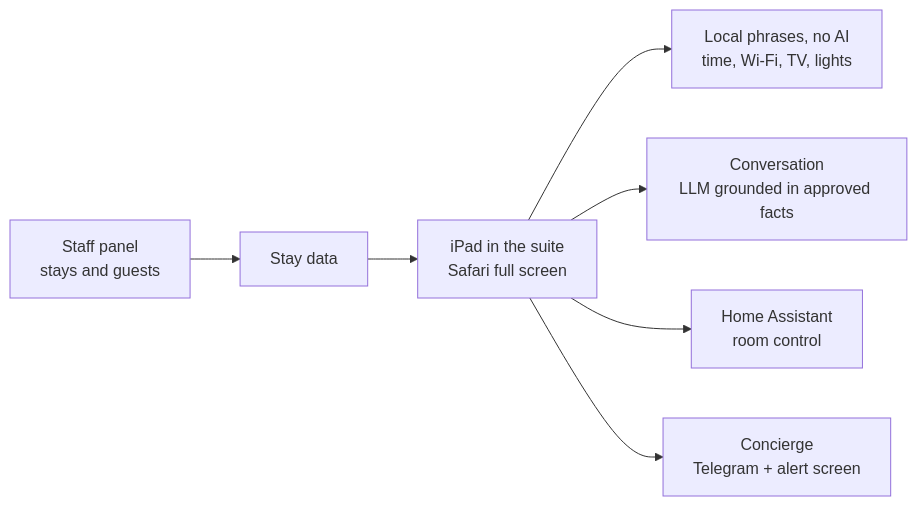
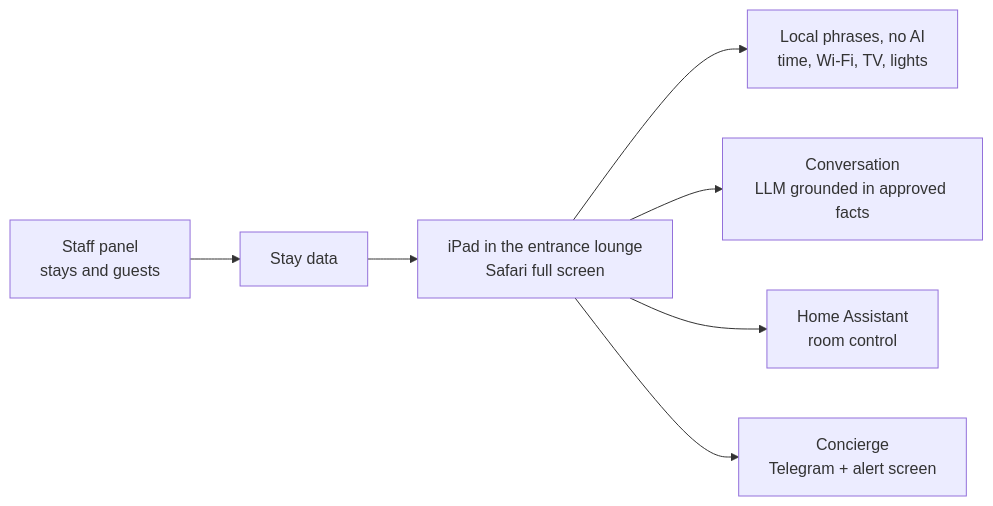
The diagram in README.md (victorsestrem/ai-guest-concierge-tablet), drawn with Mermaid before and after one commit. The commit also changed other lines of this file, not shown here.

Commit message:
Fix iPad location: entrance lounge; mark alarms as planned

````diff
--- a/README.md
+++ b/README.md
@@ -23,9 +23,9 @@
 ```mermaid
 flowchart LR
   P[Staff panel<br/>stays and guests] --> S[Stay data]
-  S --> T[iPad in the suite<br/>Safari full screen]
+  S --> T[iPad in the entrance lounge<br/>Safari full screen]
   T --> L[Local phrases, no AI<br/>time, Wi-Fi, TV, lights]
   T --> C[Conversation<br/>LLM grounded in approved facts]
   T --> H[Home Assistant<br/>room control]
   T --> Q[Concierge<br/>Telegram + alert screen]
 ```
````
